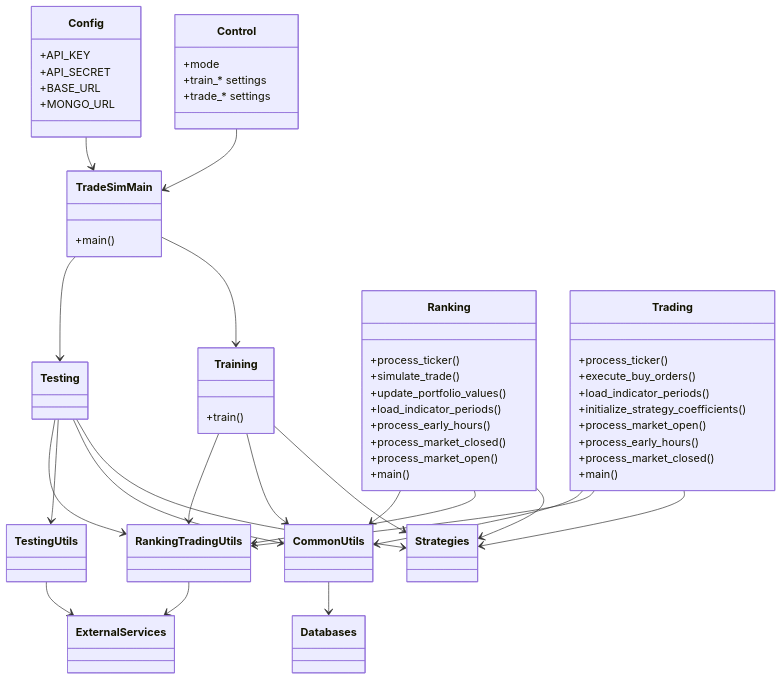
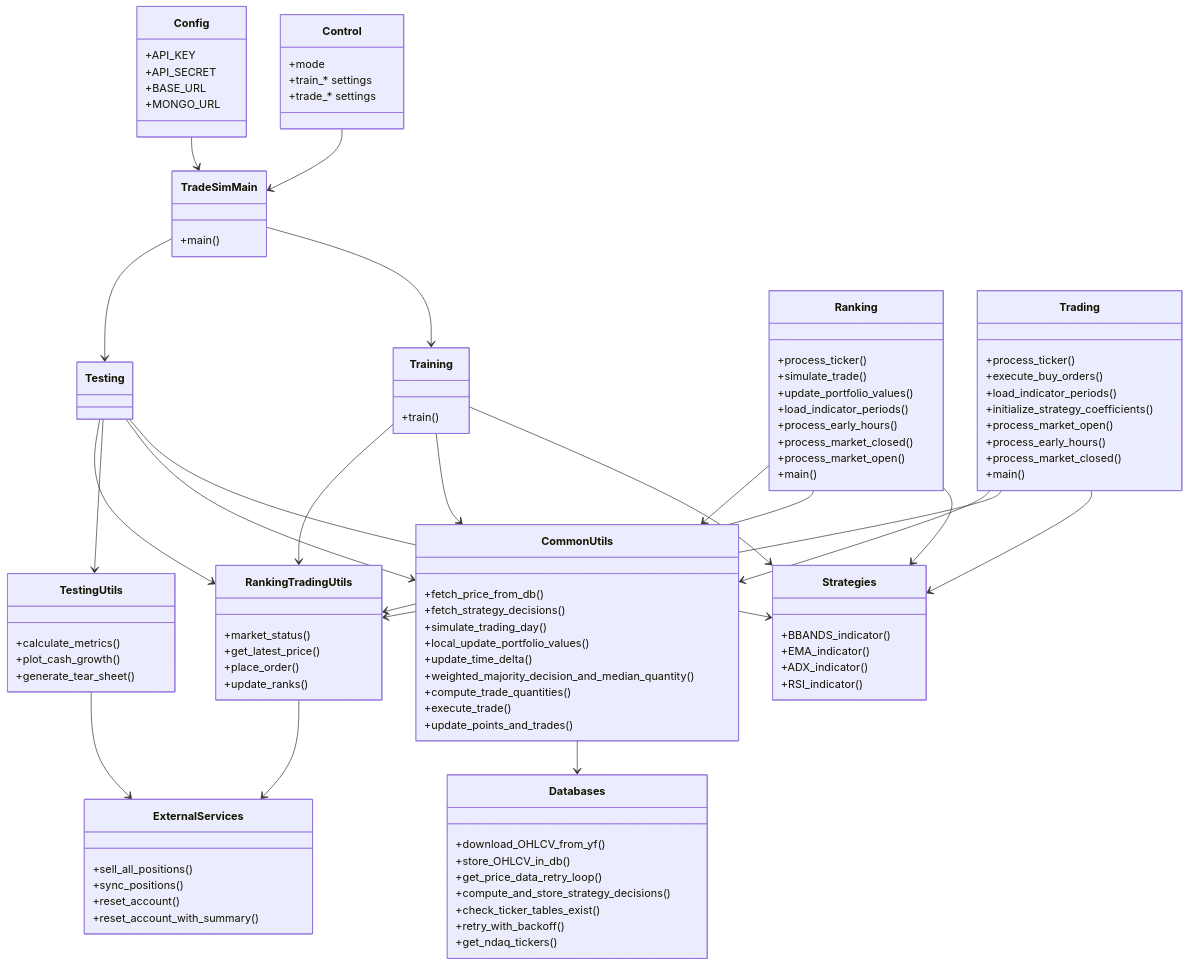
Before and after one commit to kapowie/ampyfin2: the diagram in docs/domain_model.mmd, drawn with Mermaid. The commit also changed 1 other file, not shown here.

Commit message:
docs: expand domain model diagram

```diff
--- a/docs/domain_model.mmd
+++ b/docs/domain_model.mmd
@@ -1,72 +1,109 @@
 classDiagram
     class Control {
         +mode
         +train_* settings
         +trade_* settings
     }
     class Config {
         +API_KEY
         +API_SECRET
         +BASE_URL
         +MONGO_URL
     }
     class TradeSimMain {
         +main()
     }
     class Training {
         +train()
     }
     class Testing
     class Ranking {
         +process_ticker()
         +simulate_trade()
         +update_portfolio_values()
         +load_indicator_periods()
         +process_early_hours()
         +process_market_closed()
         +process_market_open()
         +main()
     }
     class Trading {
         +process_ticker()
         +execute_buy_orders()
         +load_indicator_periods()
         +initialize_strategy_coefficients()
         +process_market_open()
         +process_early_hours()
         +process_market_closed()
         +main()
     }
-    class Strategies
-    class CommonUtils
-    class RankingTradingUtils
-    class TestingUtils
-    class Databases
-    class ExternalServices
+    class Strategies {
+        +BBANDS_indicator()
+        +EMA_indicator()
+        +ADX_indicator()
+        +RSI_indicator()
+    }
+    class CommonUtils {
+        +fetch_price_from_db()
+        +fetch_strategy_decisions()
+        +simulate_trading_day()
+        +local_update_portfolio_values()
+        +update_time_delta()
+        +weighted_majority_decision_and_median_quantity()
+        +compute_trade_quantities()
+        +execute_trade()
+        +update_points_and_trades()
+    }
+    class RankingTradingUtils {
+        +market_status()
+        +get_latest_price()
+        +place_order()
+        +update_ranks()
+    }
+    class TestingUtils {
+        +calculate_metrics()
+        +plot_cash_growth()
+        +generate_tear_sheet()
+    }
+    class Databases {
+        +download_OHLCV_from_yf()
+        +store_OHLCV_in_db()
+        +get_price_data_retry_loop()
+        +compute_and_store_strategy_decisions()
+        +check_ticker_tables_exist()
+        +retry_with_backoff()
+        +get_ndaq_tickers()
+    }
+    class ExternalServices {
+        +sell_all_positions()
+        +sync_positions()
+        +reset_account()
+        +reset_account_with_summary()
+    }
 
     Control --> TradeSimMain
     Config --> TradeSimMain
 
     TradeSimMain --> Training
     TradeSimMain --> Testing
 
     Training --> Strategies
     Training --> CommonUtils
     Training --> RankingTradingUtils
 
     Testing --> Strategies
     Testing --> CommonUtils
     Testing --> TestingUtils
     Testing --> RankingTradingUtils
 
     Ranking --> Strategies
     Ranking --> RankingTradingUtils
     Ranking --> CommonUtils
 
     Trading --> Strategies
     Trading --> RankingTradingUtils
     Trading --> CommonUtils
 
     CommonUtils --> Databases
     RankingTradingUtils --> ExternalServices
     TestingUtils --> ExternalServices
```
